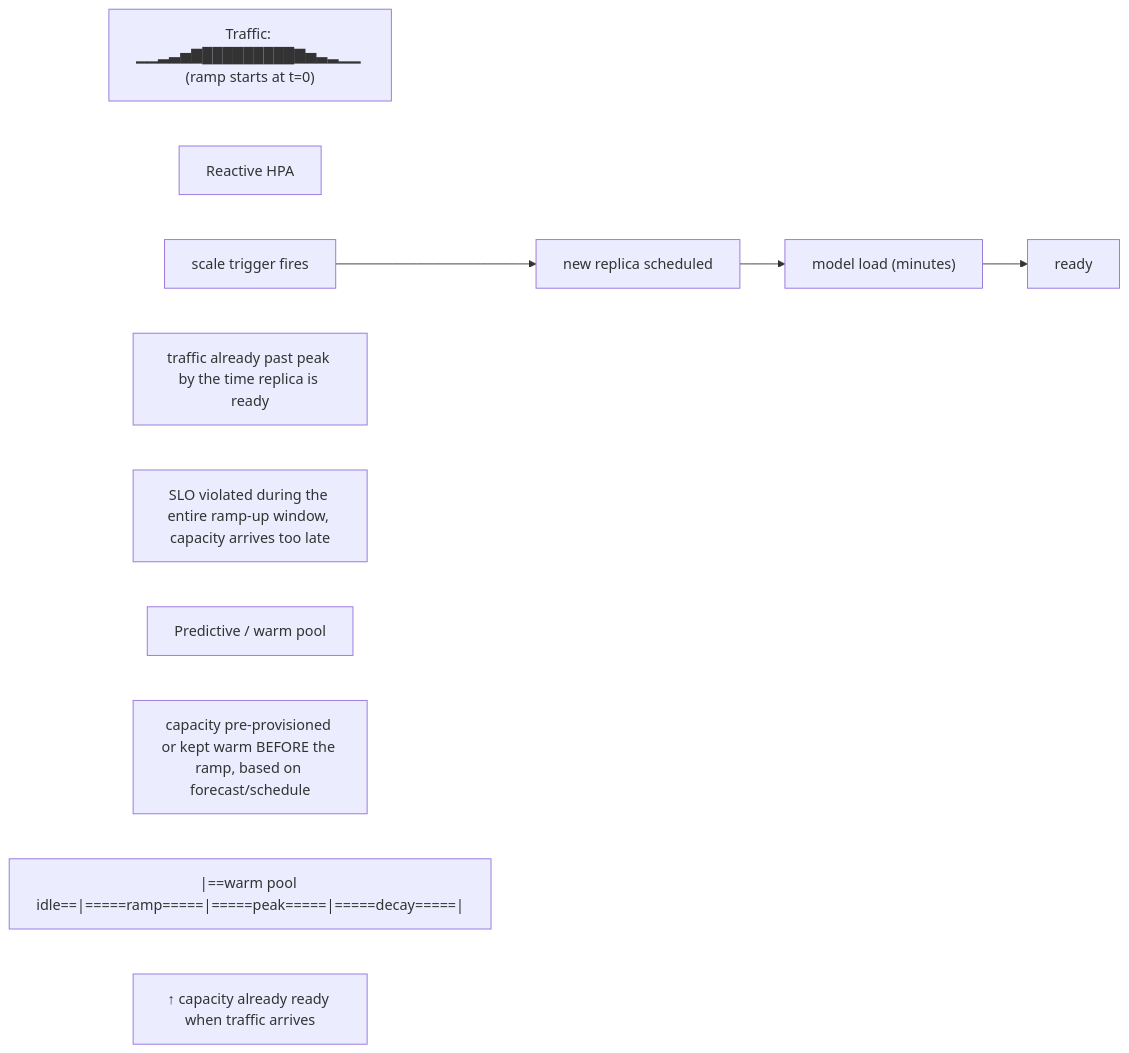
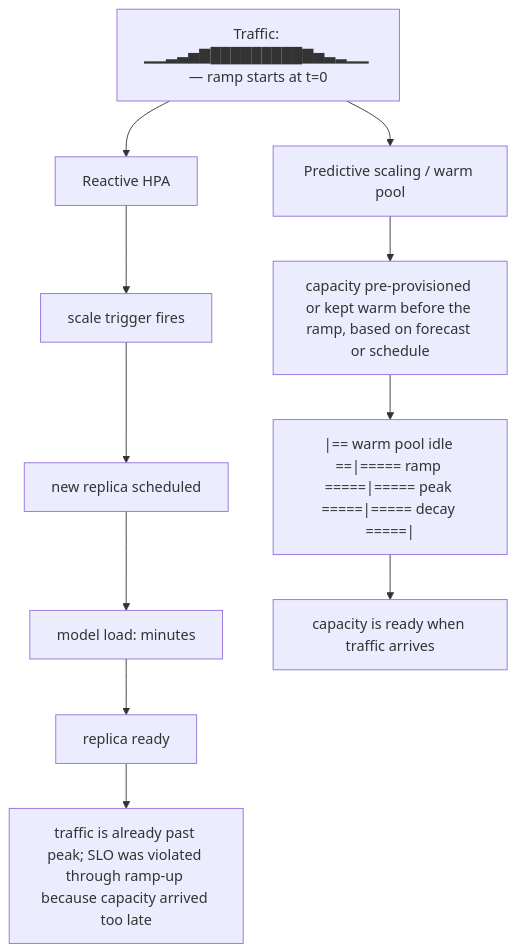
One commit to jithinpnjm/nvidia-devops changed the diagram in docs/volume-05/14-senior-deep-dive-5-autoscaling-inference-from-work-not-only-cpu.md. Above: the diagram before and after it, drawn with Mermaid. The commit also changed 99 other files, not shown here.

````diff
--- a/docs/volume-05/14-senior-deep-dive-5-autoscaling-inference-from-work-not-only-cpu.md
+++ b/docs/volume-05/14-senior-deep-dive-5-autoscaling-inference-from-work-not-only-cpu.md
@@ -29,19 +29,11 @@
 ```mermaid
-flowchart LR
-  %% Converted from the original ASCII diagram; source wording is preserved.
-  n0["Traffic: ▁▁▂▃▅▇█████████▇▅▃▂▁▁ (ramp starts at t=0)"]
-  n1["Reactive HPA"]
-  n2["scale trigger fires"]
-  n3["new replica scheduled"]
-  n4["model load (minutes)"]
-  n5["ready"]
-  n6["traffic already past peak by the time replica is ready"]
-  n7["SLO violated during the entire ramp-up window, capacity arrives too late"]
-  n8["Predictive / warm pool"]
-  n9["capacity pre-provisioned or kept warm BEFORE the ramp, based on forecast/schedule"]
-  n10["|==warm pool idle==|=====ramp=====|=====peak=====|=====decay=====|"]
-  n11["↑ capacity already ready when traffic arrives"]
-  n2 --> n3
-  n3 --> n4
-  n4 --> n5
+flowchart TD
+  Traffic["Traffic: ▁▁▂▃▅▇█████████▇▅▃▂▁▁ — ramp starts at t=0"]
+  Traffic --> Reactive["Reactive HPA"] --> Trigger["scale trigger fires"] --> Scheduled["new replica scheduled"]
+  Scheduled --> Load["model load: minutes"] --> Ready["replica ready"]
+  Ready --> Late["traffic is already past peak; SLO was violated through ramp-up because capacity arrived too late"]
+  Traffic --> Predictive["Predictive scaling / warm pool"]
+  Predictive --> Warm["capacity pre-provisioned or kept warm before the ramp, based on forecast or schedule"]
+  Warm --> Timeline["|== warm pool idle ==|===== ramp =====|===== peak =====|===== decay =====|"]
+  Timeline --> OnTime["capacity is ready when traffic arrives"]
 ```
````
